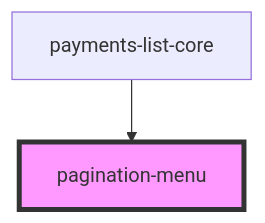
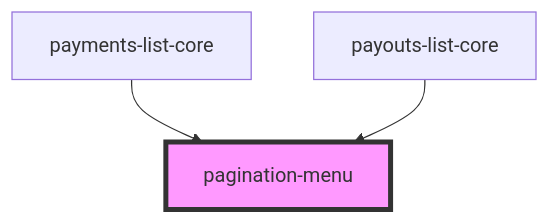
Before and after one commit to justifi-tech/web-component-library: the diagram in packages/webcomponents/src/components/pagination-menu/readme.md, drawn with Mermaid. The commit also changed other lines of this file and 7 other files, not shown here.

````diff
--- a/packages/webcomponents/src/components/pagination-menu/readme.md
+++ b/packages/webcomponents/src/components/pagination-menu/readme.md
@@ -31,5 +32,6 @@
 ```mermaid
 graph TD;
   payments-list-core --> pagination-menu
+  payouts-list-core --> pagination-menu
   style pagination-menu fill:#f9f,stroke:#333,stroke-width:4px
 ```
````
